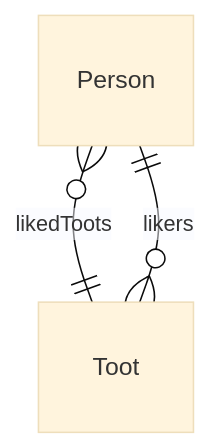
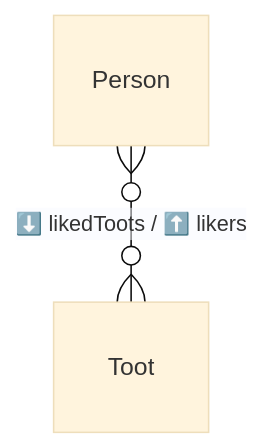
The third of 4 diagrams in docs/associations/belongs-to-many.md (sequelize/website), drawn with Mermaid (base theme) before and after one commit.

````diff
--- a/docs/associations/belongs-to-many.md
+++ b/docs/associations/belongs-to-many.md
@@ -129,5 +129,4 @@
 ```mermaid
 erDiagram
-  Person }o--|| Toot : likedToots
-  Toot }o--|| Person : likers
+  Person }o--o{ Toot : "⬇️ likedToots / ⬆️ likers"
 ```
````
